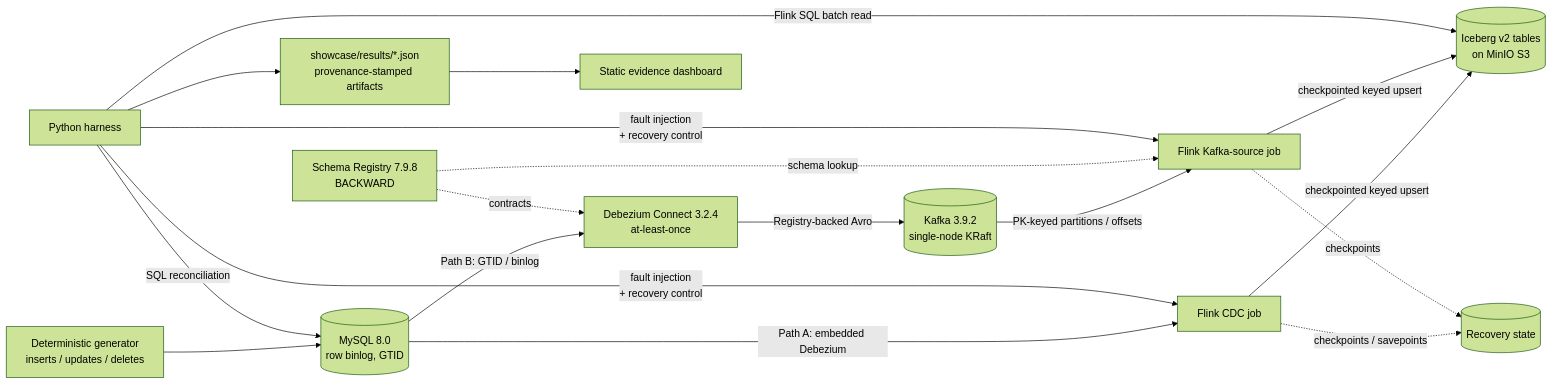
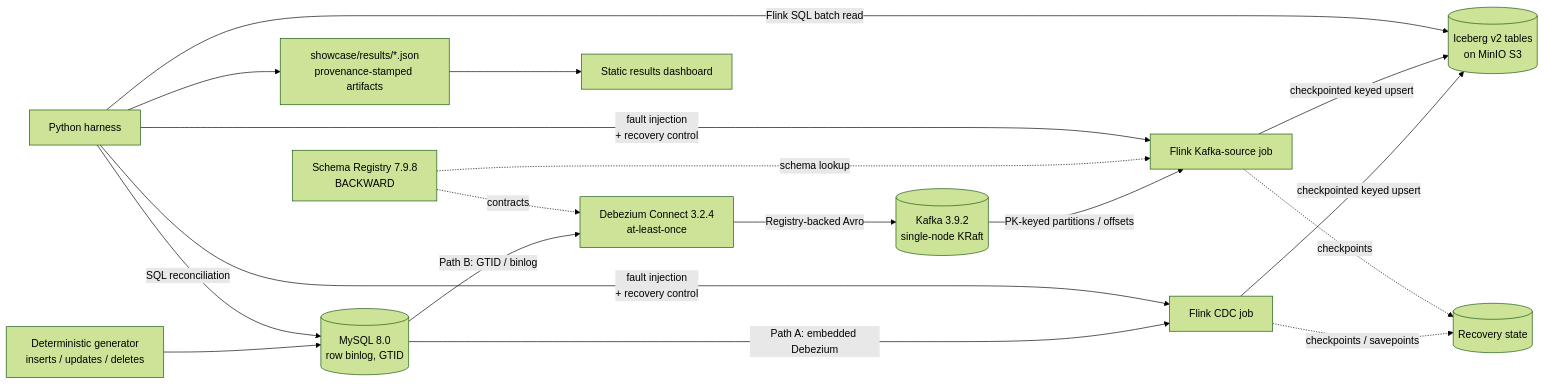
One commit to LucisZhang/p1-reliability-lab changed the diagram in README.md. Above: the diagram before and after it, drawn with Mermaid (forest theme). The commit also changed other lines of this file and 2 other files, not shown here.

````diff
--- a/README.md
+++ b/README.md
@@ -21,20 +37,20 @@
 ```mermaid
 flowchart LR
     G[Deterministic generator<br/>inserts / updates / deletes] --> M[(MySQL 8.0<br/>row binlog, GTID)]
     M -- Path A: embedded Debezium --> FA[Flink CDC job]
     M -- Path B: GTID / binlog --> DB[Debezium Connect 3.2.4<br/>at-least-once]
     DB -- Registry-backed Avro --> K[(Kafka 3.9.2<br/>single-node KRaft)]
     K -- PK-keyed partitions / offsets --> FB[Flink Kafka-source job]
     SR[Schema Registry 7.9.8<br/>BACKWARD] -. contracts .-> DB
     SR -. schema lookup .-> FB
     FA -- checkpointed keyed upsert --> I[(Iceberg v2 tables<br/>on MinIO S3)]
     FB -- checkpointed keyed upsert --> I
     FA -. checkpoints / savepoints .-> S[(Recovery state)]
     FB -. checkpoints .-> S
     H[Python harness] -- fault injection<br/>+ recovery control --> FA
     H -- fault injection<br/>+ recovery control --> FB
     H -- SQL reconciliation --> M
     H -- Flink SQL batch read --> I
     H --> R[showcase/results/*.json<br/>provenance-stamped artifacts]
-    R --> D[Static evidence dashboard]
+    R --> D[Static results dashboard]
 ```
````
